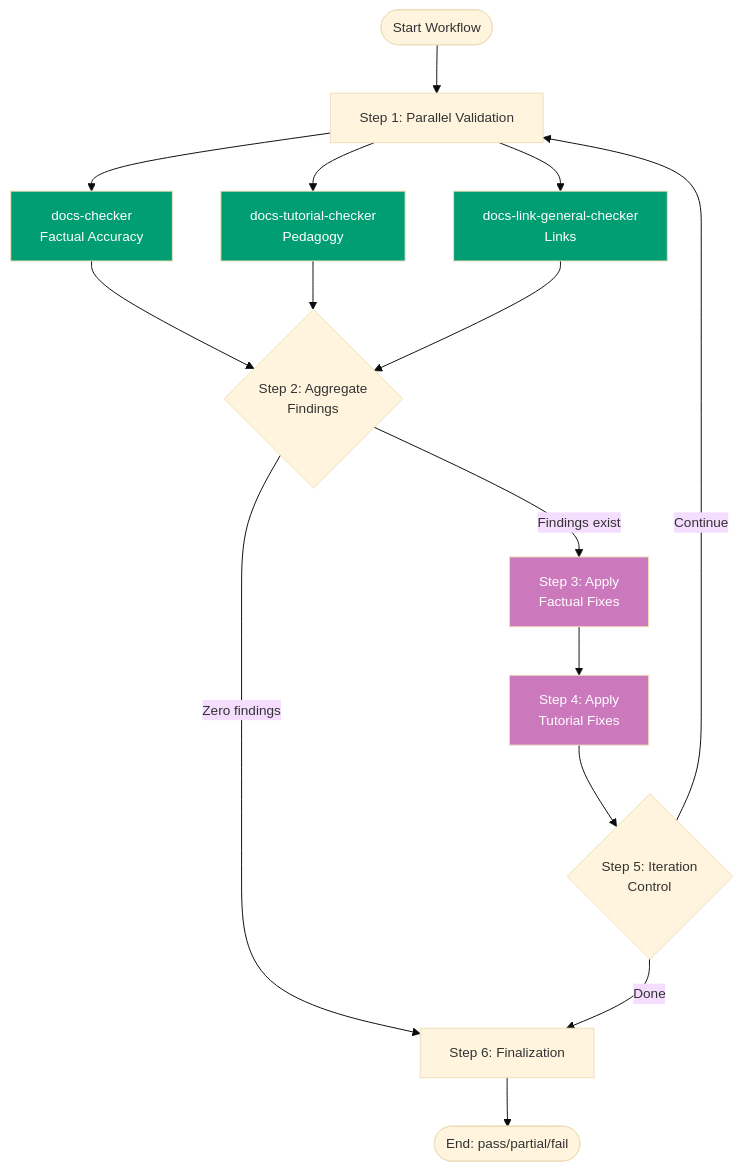
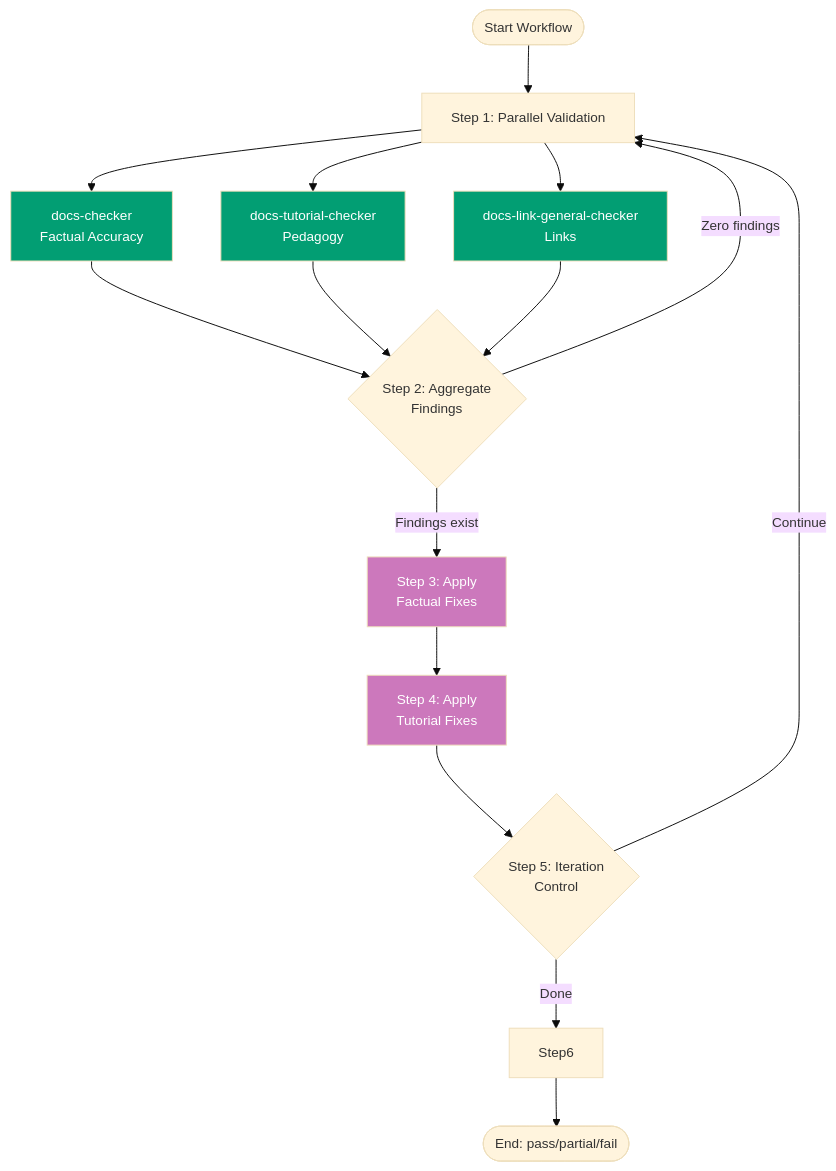
The diagram in governance/workflows/docs/quality-gate.md (wahidyankf/open-sharia-enterprise), drawn with Mermaid before and after one commit. The commit also changed other lines of this file and 8 other files, not shown here.

````diff
--- a/governance/workflows/docs/quality-gate.md
+++ b/governance/workflows/docs/quality-gate.md
@@ -107,30 +108,30 @@
 ```mermaid
 %%{init: {'theme':'base', 'themeVariables': { 'fontSize':'14px'}}}%%
 graph TB
     Start([Start Workflow]) --> Step1[Step 1: Parallel Validation]
 
     Step1 --> Check1[docs-checker<br/>Factual Accuracy]
     Step1 --> Check2[docs-tutorial-checker<br/>Pedagogy]
     Step1 --> Check3[docs-link-general-checker<br/>Links]
 
     Check1 --> Step2{Step 2: Aggregate<br/>Findings}
     Check2 --> Step2
     Check3 --> Step2
 
-    Step2 -->|Zero findings| Step6[Step 6: Finalization]
+    Step2 -->|Zero findings| Step1
     Step2 -->|Findings exist| Step3[Step 3: Apply<br/>Factual Fixes]
 
     Step3 --> Step4[Step 4: Apply<br/>Tutorial Fixes]
     Step4 --> Step5{Step 5: Iteration<br/>Control}
 
     Step5 -->|Continue| Step1
     Step5 -->|Done| Step6
 
     Step6 --> End([End: pass/partial/fail])
 
     style Check1 fill:#029E73,color:#fff
     style Check2 fill:#029E73,color:#fff
     style Check3 fill:#029E73,color:#fff
     style Step3 fill:#CC78BC,color:#fff
     style Step4 fill:#CC78BC,color:#fff
 ```
````
